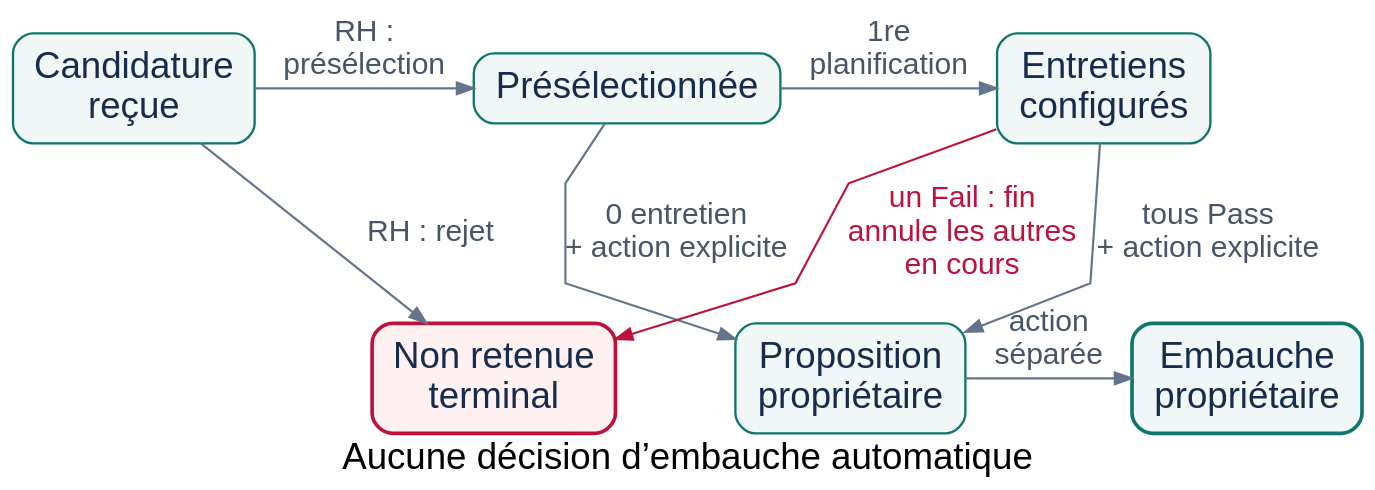
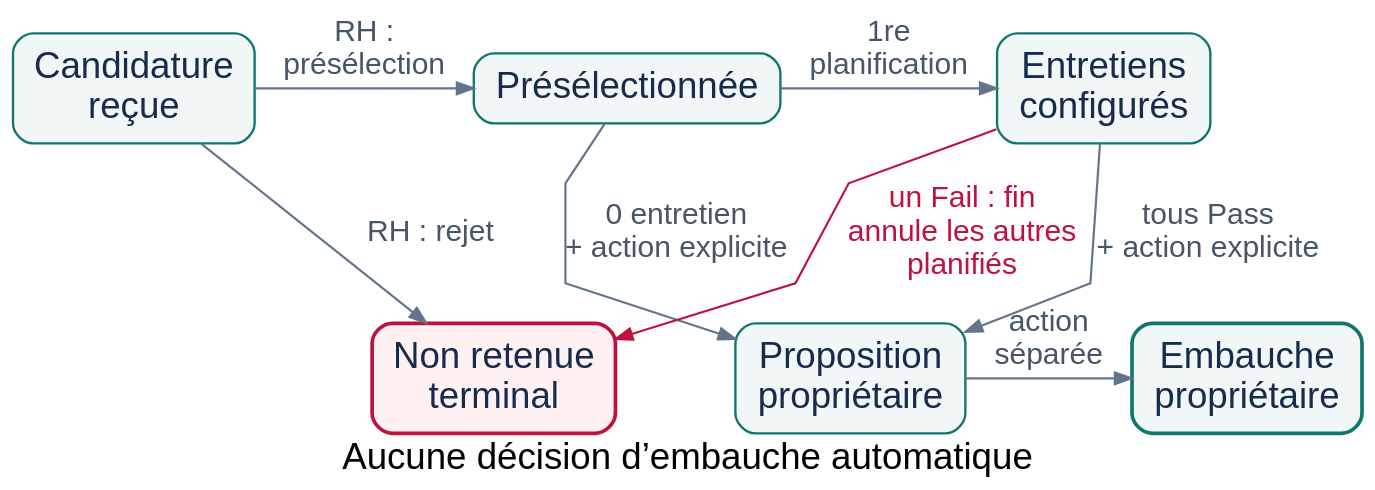
Before and after one commit to abdelkarim-ayed/cap-recruitment: the diagram in presentation/diagrams/DIA-06-lifecycle.dot, drawn with Graphviz. The commit also changed 48 other files, not shown here.

```diff
--- a/presentation/diagrams/DIA-06-lifecycle.dot
+++ b/presentation/diagrams/DIA-06-lifecycle.dot
@@ -1,22 +1,22 @@
 // Source: docs/current/workflows.md and guides/transition-map.md. Selected recruitment paths.
 digraph Lifecycle {
   graph [rankdir=TB, bgcolor="transparent", pad=0.15, nodesep=0.5, ranksep=0.65, splines=polyline, fontname="Liberation Sans", fontsize=22, labelloc=b, label="Aucune décision d’embauche automatique"];
   node [shape=box, style="rounded,filled", fillcolor="#f0f7f6", color="#0f766e", fontcolor="#172b4d", fontname="Liberation Sans", fontsize=22, margin="0.18,0.12", penwidth=1.4];
   edge [fontname="Liberation Sans", fontsize=18, color="#64748b", fontcolor="#475569", penwidth=1.3];
   received [label="Candidature\nreçue"];
   preselected [label="Présélectionnée"];
   interviews [label="Entretiens\nconfigurés"];
   offer [label="Proposition\npropriétaire"];
   hired [label="Embauche\npropriétaire", penwidth=2.2];
   rejected [label="Non retenue\nterminal", fillcolor="#fff1f2", color="#be123c", penwidth=2.2];
   {rank=same; received; preselected; interviews;}
   {rank=same; rejected; offer; hired;}
   received -> preselected [label="RH :\nprésélection"];
   received -> rejected [label="RH : rejet"];
   preselected -> interviews [label="1re\nplanification"];
   preselected -> offer [label="0 entretien\n+ action explicite"];
   interviews -> offer [label="tous Pass\n+ action explicite"];
-  interviews -> rejected [label="un Fail : fin\nannule les autres\nen cours", color="#be123c", fontcolor="#be123c"];
+  interviews -> rejected [label="un Fail : fin\nannule les autres\nplanifiés", color="#be123c", fontcolor="#be123c"];
   rejected -> offer [style=invis];
   offer -> hired [label="action\nséparée"];
 }
```
